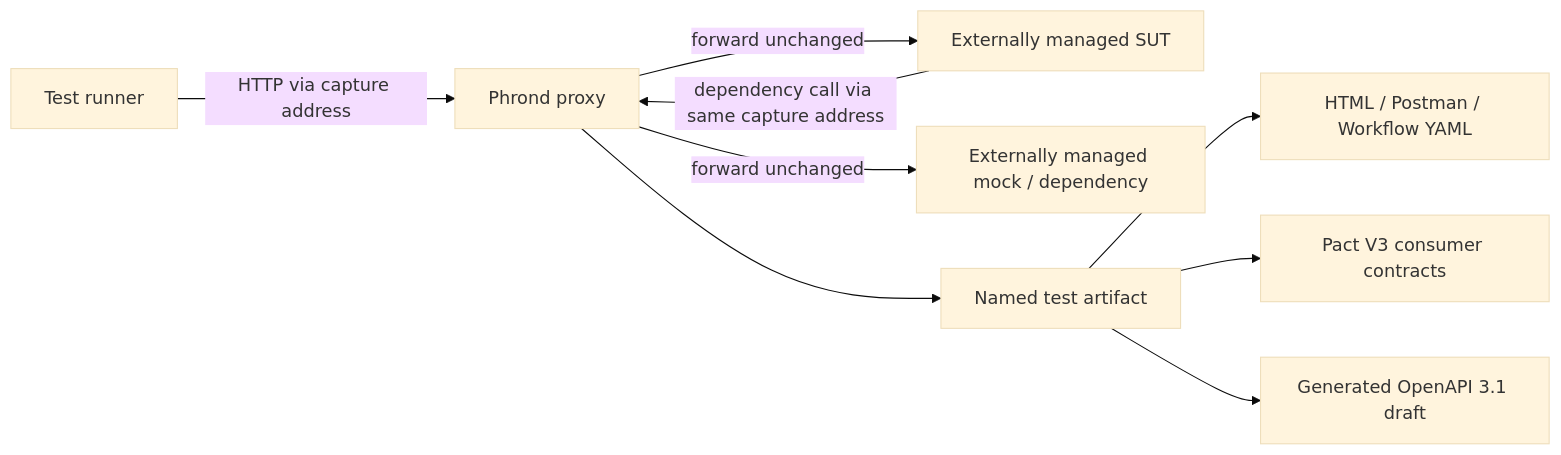
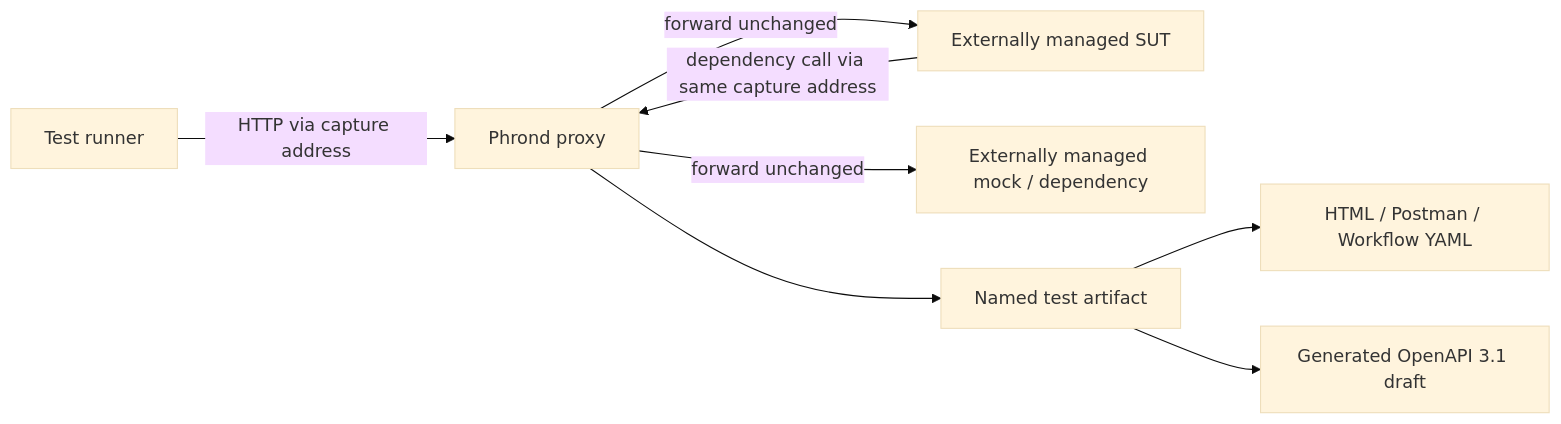
One commit to mattlock83/wiretap changed the diagram in docs/testing-tool-requirements-and-design.md. Above: the diagram before and after it, drawn with Mermaid (base theme). The commit also changed other lines of this file and 45 other files, not shown here.

````diff
--- a/docs/testing-tool-requirements-and-design.md
+++ b/docs/testing-tool-requirements-and-design.md
@@ -31,11 +28,10 @@
 ```mermaid
 flowchart LR
   Test["Test runner"] -->|HTTP via capture address| Proxy["Phrond proxy"]
   Proxy -->|forward unchanged| SUT["Externally managed SUT"]
   SUT -->|dependency call via same capture address| Proxy
   Proxy -->|forward unchanged| Dependency["Externally managed mock / dependency"]
   Proxy --> Store["Named test artifact"]
   Store --> Reports["HTML / Postman / Workflow YAML"]
-  Store --> Contracts["Pact V3 consumer contracts"]
   Store --> Generated["Generated OpenAPI 3.1 draft"]
 ```
````
